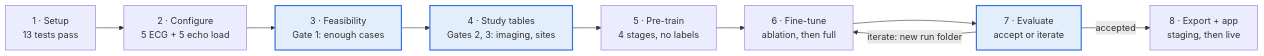
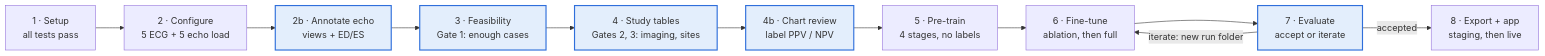
One commit to cardioailive1/womens-cvd changed the diagram in ml/RUNBOOK.md. Above: the diagram before and after it, drawn with Mermaid. The commit also changed other lines of this file and 9 other files, not shown here.

First line of the commit message:
ml: echo auto-annotation, in-workspace review tool and chart review of labels

````diff
--- a/ml/RUNBOOK.md
+++ b/ml/RUNBOOK.md
@@ -9,13 +9,15 @@
 ```mermaid
 flowchart LR
-    S1["1 · Setup<br/>13 tests pass"] --> S2["2 · Configure<br/>5 ECG + 5 echo load"]
-    S2 --> S3["3 · Feasibility<br/>Gate 1: enough cases"]
+    S1["1 · Setup<br/>all tests pass"] --> S2["2 · Configure<br/>5 ECG + 5 echo load"]
+    S2 --> S2b["2b · Annotate echo<br/>views + ED/ES"]
+    S2b --> S3["3 · Feasibility<br/>Gate 1: enough cases"]
     S3 --> S4["4 · Study tables<br/>Gates 2, 3: imaging, sites"]
-    S4 --> S5["5 · Pre-train<br/>4 stages, no labels"]
+    S4 --> S4b["4b · Chart review<br/>label PPV / NPV"]
+    S4b --> S5["5 · Pre-train<br/>4 stages, no labels"]
     S5 --> S6["6 · Fine-tune<br/>ablation, then full"]
     S6 --> S7["7 · Evaluate<br/>accept or iterate"]
     S7 -- "iterate: new run folder" --> S6
     S7 -- accepted --> S8["8 · Export + app<br/>staging, then live"]
     classDef gate fill:#e3eefc,stroke:#2f6fdb,stroke-width:2px;
-    class S3,S4,S7 gate;
+    class S2b,S3,S4,S4b,S7 gate;
 ```
````
